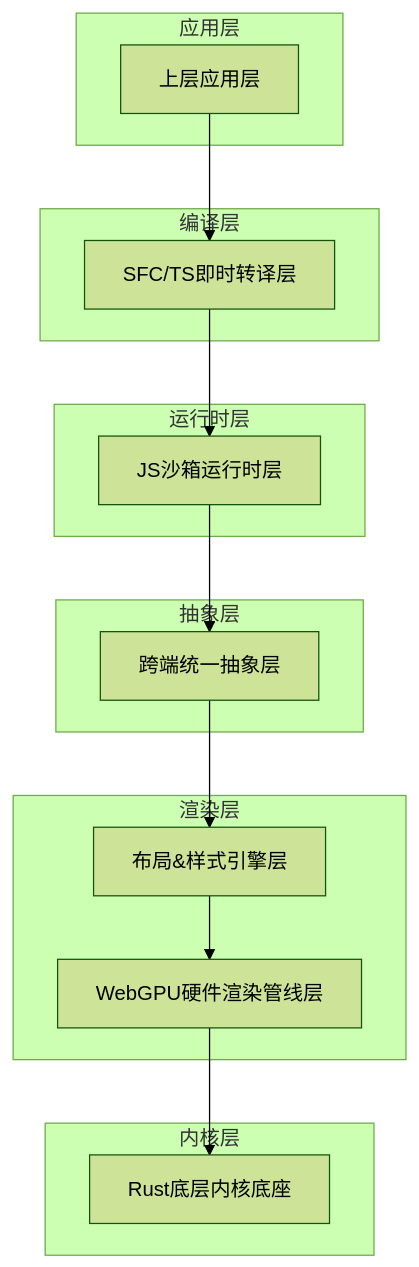
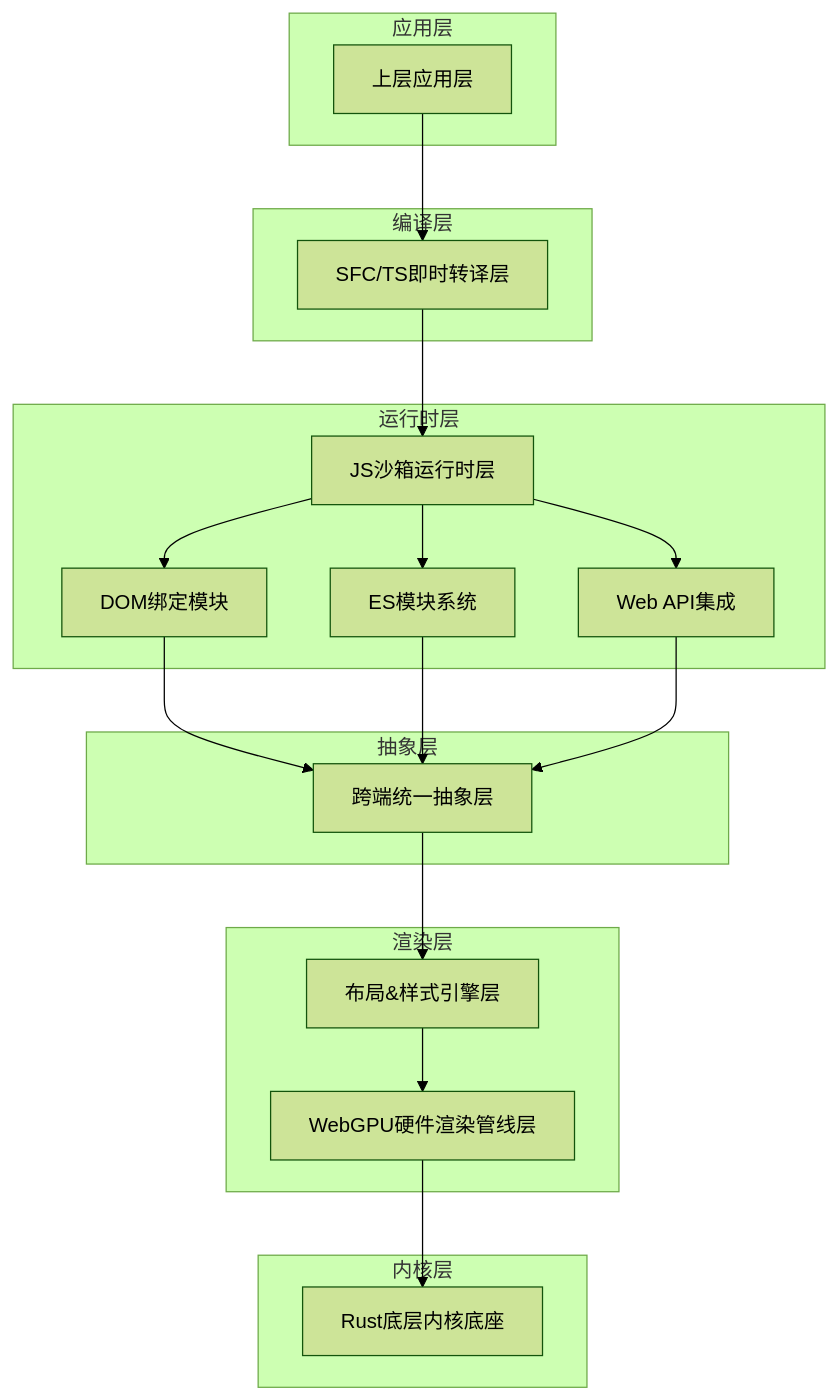
One commit to itszzl-sudo/iris changed the first of 14 diagrams in .qoder/repowiki/zh/content/技术架构详解/JS沙箱运行时.md. Above: the diagram before and after it, drawn with Mermaid (forest theme). The commit also changed other lines of this file and 10 other files, not shown here.

````diff
--- a/.qoder/repowiki/zh/content/技术架构详解/JS沙箱运行时.md
+++ b/.qoder/repowiki/zh/content/技术架构详解/JS沙箱运行时.md
@@ -52,28 +52,36 @@
 ```mermaid
 graph TB
 subgraph "应用层"
 App[上层应用层]
 end
 subgraph "编译层"
 SFC[SFC/TS即时转译层]
 end
 subgraph "运行时层"
 Sandbox[JS沙箱运行时层]
+DOM[DOM绑定模块]
+ESM[ES模块系统]
+WebAPI[Web API集成]
 end
 subgraph "抽象层"
 Abstraction[跨端统一抽象层]
 end
 subgraph "渲染层"
 Layout[布局&样式引擎层]
 GPU[WebGPU硬件渲染管线层]
 end
 subgraph "内核层"
 Kernel[Rust底层内核底座]
 end
 App --> SFC
 SFC --> Sandbox
-Sandbox --> Abstraction
+Sandbox --> DOM
+Sandbox --> ESM
+Sandbox --> WebAPI
+DOM --> Abstraction
+ESM --> Abstraction
+WebAPI --> Abstraction
 Abstraction --> Layout
 Layout --> GPU
 GPU --> Kernel
 ```
````
